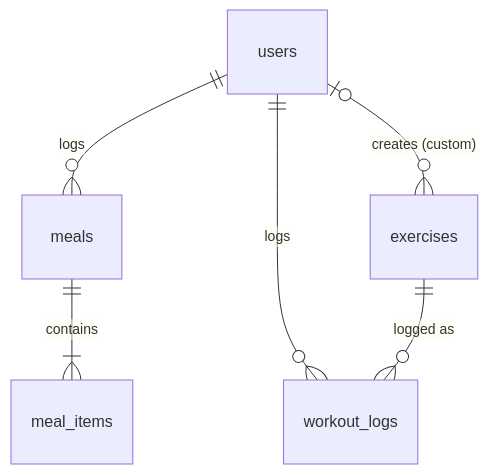
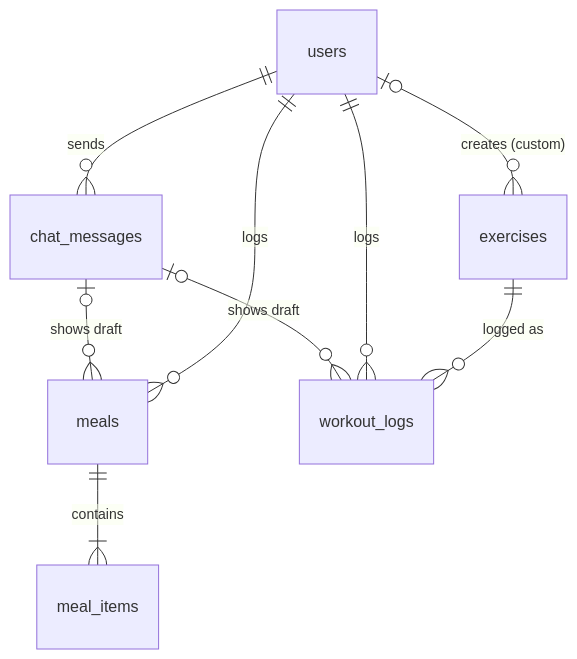
Before and after one commit to SethVerdin/Atlas: the diagram in docs/database.md, drawn with Mermaid. The commit also changed other lines of this file and 29 other files, not shown here.

````diff
--- a/docs/database.md
+++ b/docs/database.md
@@ -35,8 +35,11 @@
 ```mermaid
 erDiagram
+    users ||--o{ chat_messages : sends
+    chat_messages |o--o{ meals : "shows draft"
+    chat_messages |o--o{ workout_logs : "shows draft"
     users ||--o{ meals : logs
     meals ||--|{ meal_items : contains
     users ||--o{ workout_logs : logs
     users |o--o{ exercises : "creates (custom)"
     exercises ||--o{ workout_logs : "logged as"
 ```
````
